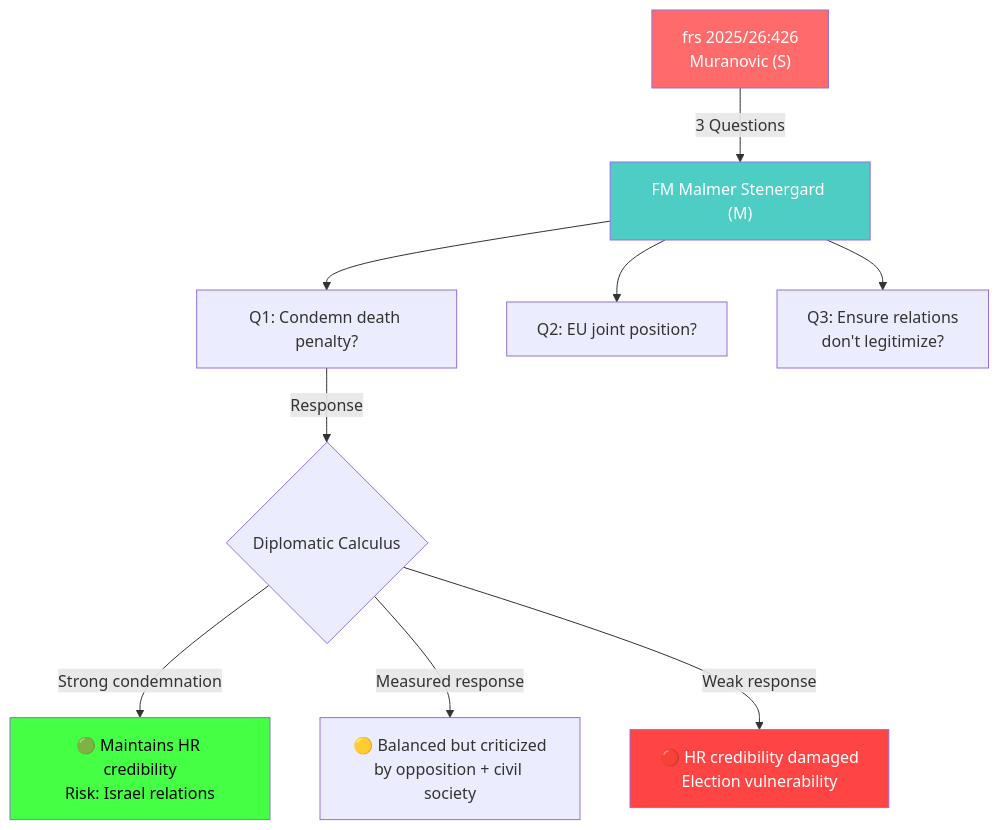
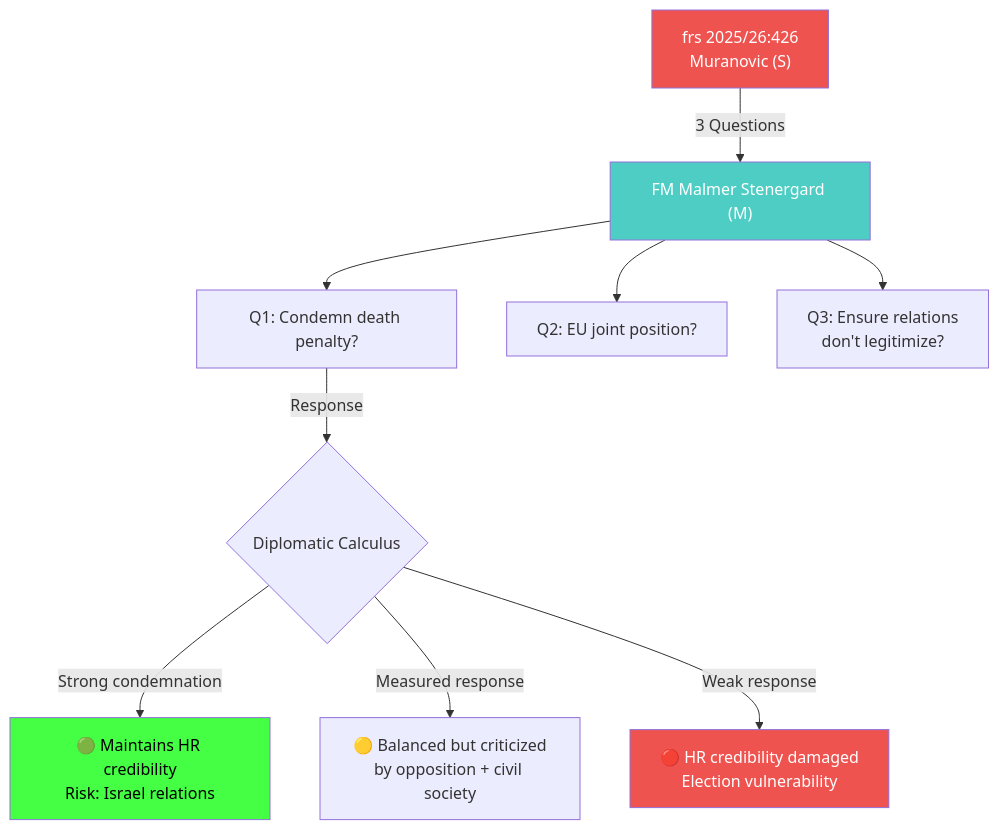
The diagram in analysis/daily/2026-04-14/interpellations/documents/HD10426-analysis.md (Hack23/riksdagsmonitor), drawn with Mermaid before and after one commit. The commit also changed 785 other files, not shown here.

First line of the commit message:
Normalize mermaid colors across 786 analysis artifacts to ISMS Style Guide palette

````diff
--- a/analysis/daily/2026-04-14/interpellations/documents/HD10426-analysis.md
+++ b/analysis/daily/2026-04-14/interpellations/documents/HD10426-analysis.md
@@ -47,15 +47,15 @@
 ```mermaid
 flowchart TD
     A["frs 2025/26:426<br/>Muranovic (S)"] -->|3 Questions| B["FM Malmer Stenergard (M)"]
     B --> C["Q1: Condemn death penalty?"]
     B --> D["Q2: EU joint position?"]
     B --> E["Q3: Ensure relations<br/>don't legitimize?"]
     C -->|Response| F{Diplomatic Calculus}
     F -->|Strong condemnation| G["🟢 Maintains HR credibility<br/>Risk: Israel relations"]
     F -->|Measured response| H["🟡 Balanced but criticized<br/>by opposition + civil society"]
     F -->|Weak response| I["🔴 HR credibility damaged<br/>Election vulnerability"]
-    style A fill:#ff6b6b,color:#fff
-    style B fill:#4ecdc4,color:#fff
-    style I fill:#ff4444,color:#fff
-    style G fill:#44ff44,color:#000
+    style A fill:#EF5350,color:#FFFFFF
+    style B fill:#4ecdc4,color:#FFFFFF
+    style I fill:#EF5350,color:#FFFFFF
+    style G fill:#44ff44,color:#000000
 ```
````
